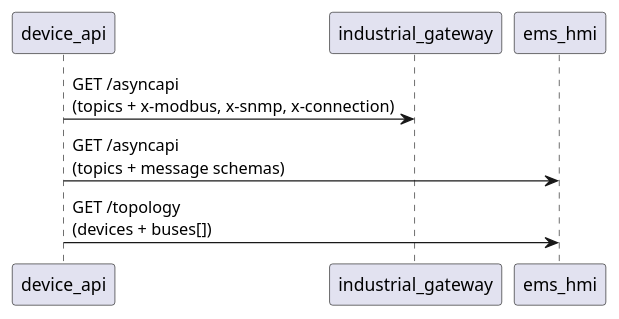
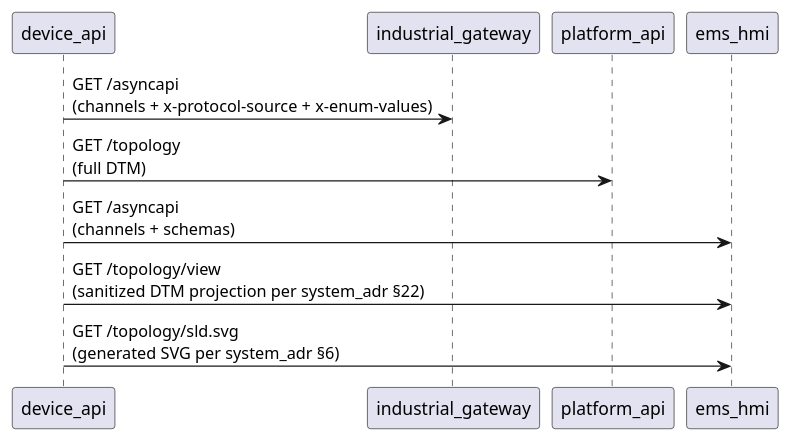
One commit to arcnode-io/ems-device-api changed the third of 4 diagrams in readme.md. Above: the diagram before and after it, drawn with PlantUML. The commit also changed other lines of this file, not shown here.

Commit message:
📝 docs: rename ems-line-controller → dlr-utility-envelope in AsyncAPI consumer list

````diff
--- a/readme.md
+++ b/readme.md
@@ -59,9 +60,12 @@
 ```plantuml
 participant device_api
 participant industrial_gateway
+participant platform_api
 participant ems_hmi
 
-device_api -> industrial_gateway: GET /asyncapi\n(topics + x-modbus, x-snmp, x-connection)
-device_api -> ems_hmi: GET /asyncapi\n(topics + message schemas)
-device_api -> ems_hmi: GET /topology\n(devices + buses[])
+device_api -> industrial_gateway: GET /asyncapi\n(channels + x-protocol-source + x-enum-values)
+device_api -> platform_api: GET /topology\n(full DTM)
+device_api -> ems_hmi: GET /asyncapi\n(channels + schemas)
+device_api -> ems_hmi: GET /topology/view\n(sanitized DTM projection per system_adr §22)
+device_api -> ems_hmi: GET /topology/sld.svg\n(generated SVG per system_adr §6)
 ```
````
